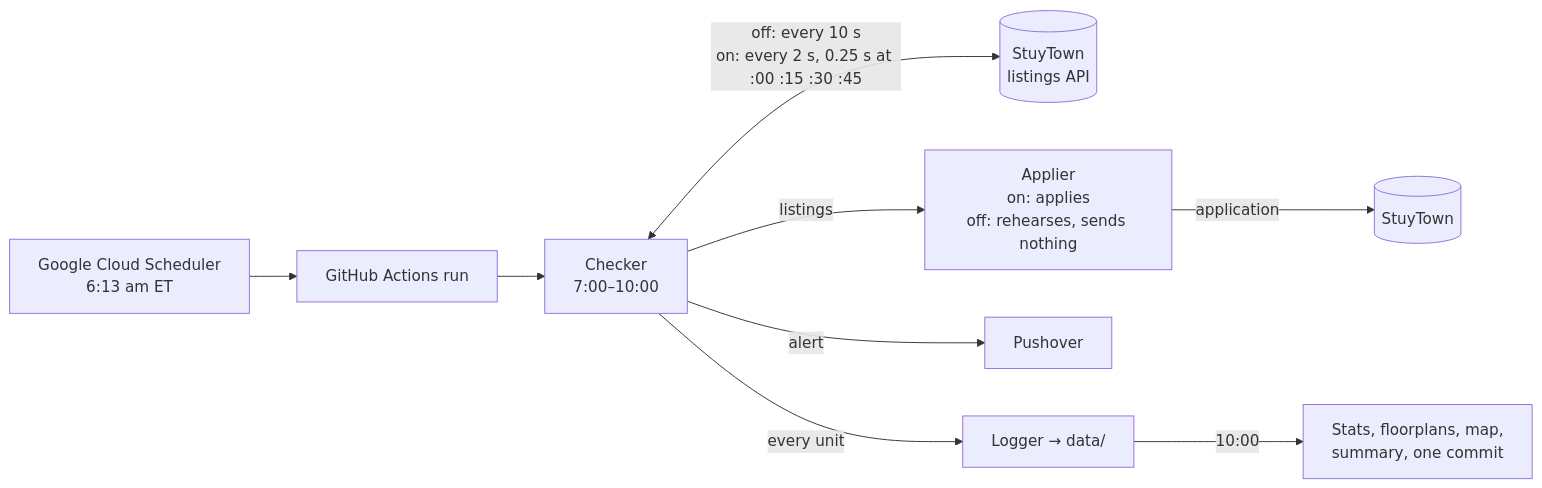
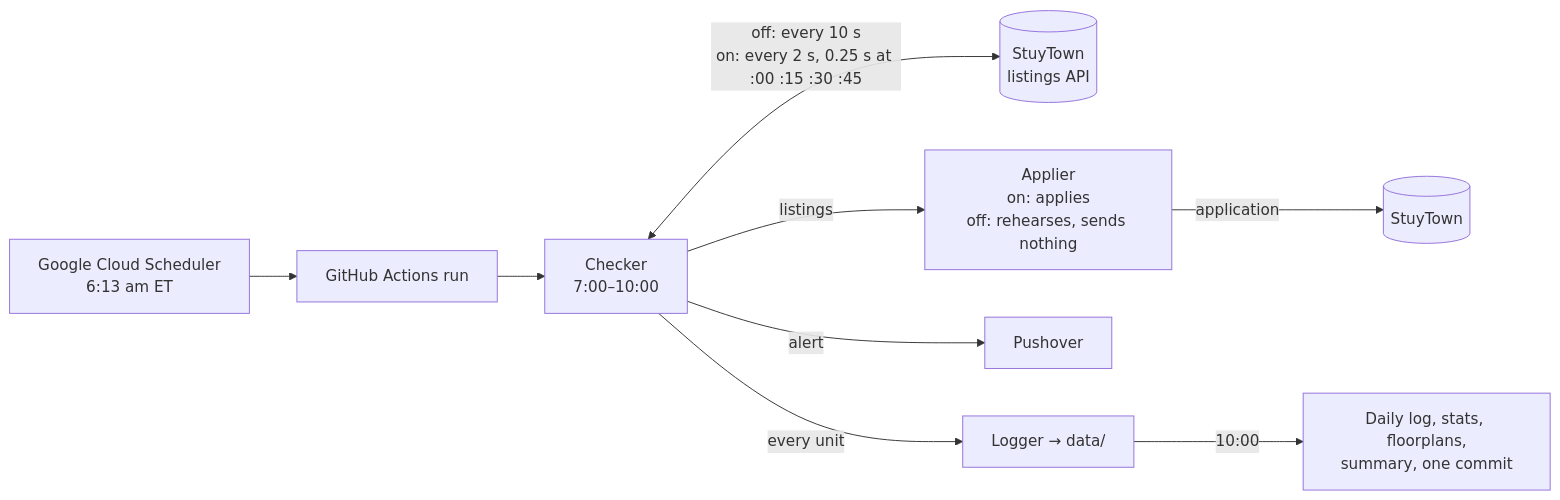
One commit to cshoffmann/stuytown-affordable-housing-watcher changed the diagram in README.md. Above: the diagram before and after it, drawn with Mermaid. The commit also changed other lines of this file and 22 other files, not shown here.

````diff
--- a/README.md
+++ b/README.md
@@ -10,11 +10,11 @@
 ```mermaid
 flowchart LR
     S["Google Cloud Scheduler<br/>6:13 am ET"] --> R["GitHub Actions run"]
     R --> C["Checker<br/>7:00–10:00"]
     C <-->|"off: every 10 s<br/>on: every 2 s, 0.25 s at :00 :15 :30 :45"| API[("StuyTown<br/>listings API")]
     C -->|"listings"| A["Applier<br/>on: applies<br/>off: rehearses, sends nothing"]
     A -->|"application"| ST[("StuyTown")]
     C -->|"alert"| P["Pushover"]
     C -->|"every unit"| L["Logger → data/"]
-    L -->|"10:00"| W["Stats, floorplans, map,<br/>summary, one commit"]
+    L -->|"10:00"| W["Daily log, stats, floorplans,<br/>summary, one commit"]
 ```
````
